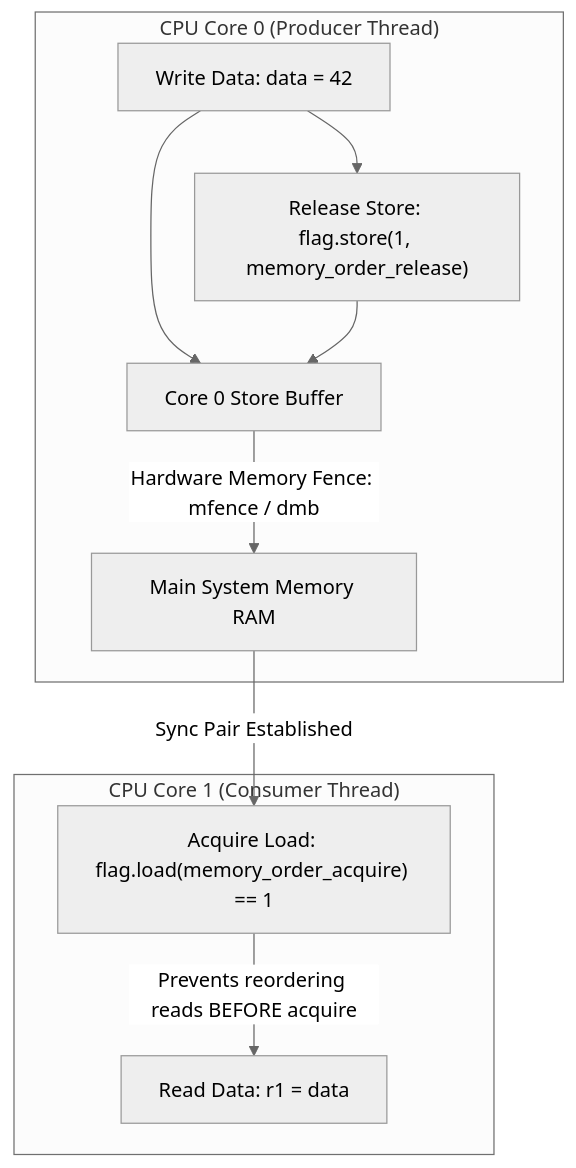
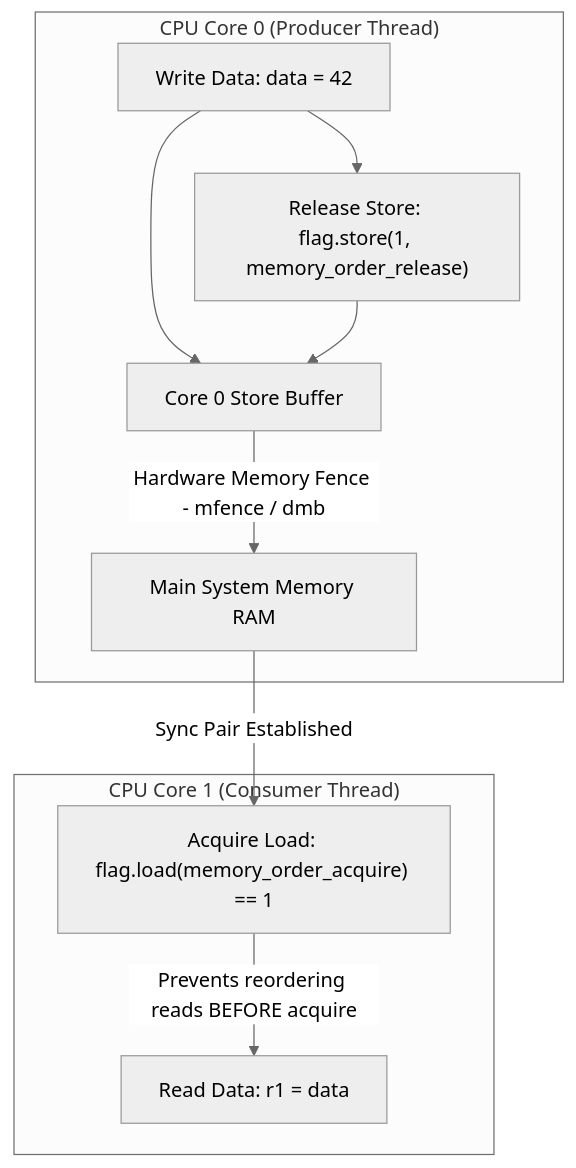
One commit to akmalkhaniub/akmalkhaniub.github.io changed the diagram in blog/posts/memory-consistency-models-tso-acquire-release-barriers.md. Above: the diagram before and after it, drawn with Mermaid (neutral theme). The commit also changed 411 other files, not shown here.

````diff
--- a/blog/posts/memory-consistency-models-tso-acquire-release-barriers.md
+++ b/blog/posts/memory-consistency-models-tso-acquire-release-barriers.md
@@ -19,13 +19,13 @@
 ```mermaid
-graph TD
+flowchart TD
   subgraph SG1_CpuCore0 ["CPU Core 0 (Producer Thread)"]
     W1[Write Data: data = 42] --> W2["Release Store: flag.store(1, memory_order_release)"]
     W1 & W2 --> SB0[Core 0 Store Buffer]
-    SB0 -->|Hardware Memory Fence: mfence / dmb| RAM[Main System Memory RAM]
+    SB0 -->|Hardware Memory Fence - mfence / dmb| RAM[Main System Memory RAM]
   end
   
   subgraph SG2_CpuCore1 ["CPU Core 1 (Consumer Thread)"]
     RAM -->|Sync Pair Established| R1["Acquire Load: flag.load(memory_order_acquire) == 1"]
     R1 -->|Prevents reordering reads BEFORE acquire| R2[Read Data: r1 = data]
   end
 ```
````
